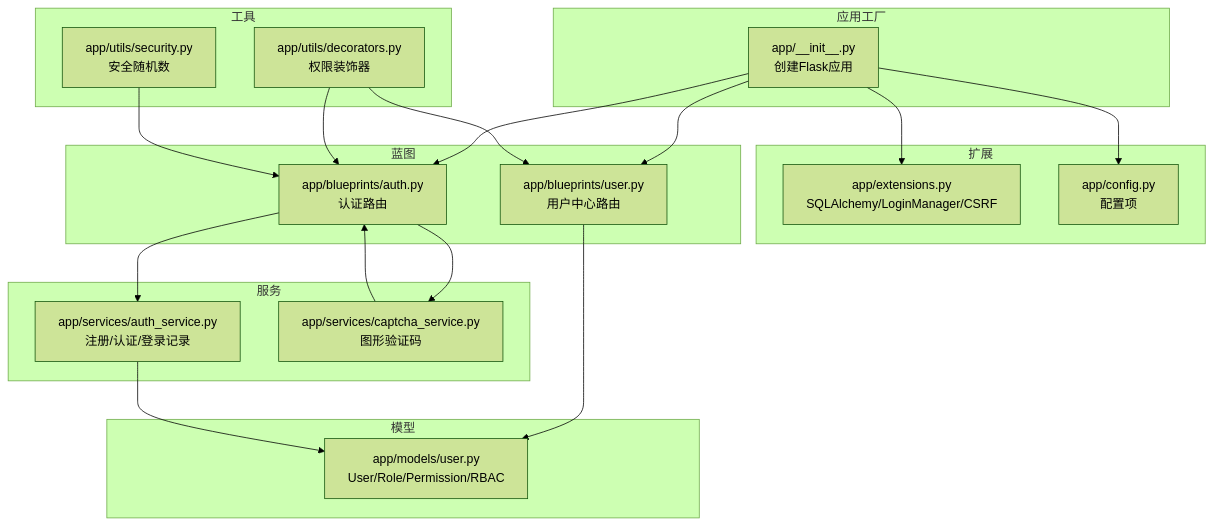
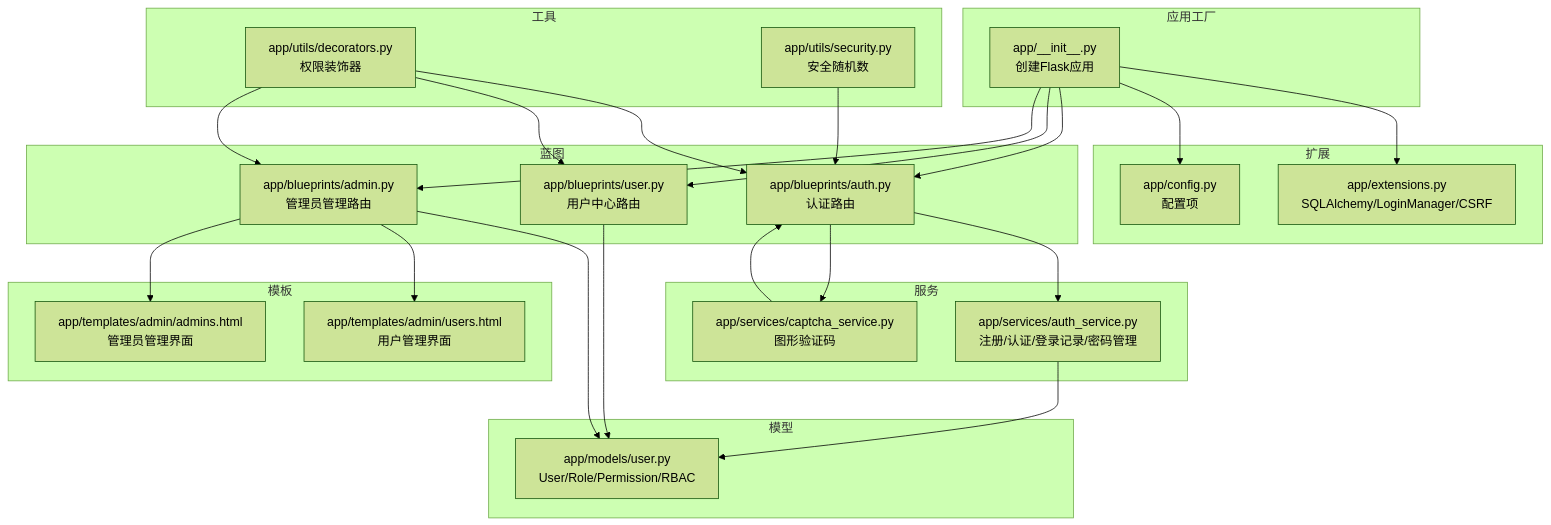
Before and after one commit to beyondalbert/my_wiki: the first of 10 diagrams in .qoder/repowiki/zh/content/核心模块/用户系统模块/用户系统模块.md, drawn with Mermaid (forest theme). The commit also changed other lines of this file and 11 other files, not shown here.

````diff
--- a/.qoder/repowiki/zh/content/核心模块/用户系统模块/用户系统模块.md
+++ b/.qoder/repowiki/zh/content/核心模块/用户系统模块/用户系统模块.md
@@ -40,37 +50,47 @@
 ```mermaid
 graph TB
 subgraph "应用工厂"
 A["app/__init__.py<br/>创建Flask应用"]
 end
 subgraph "扩展"
 B["app/extensions.py<br/>SQLAlchemy/LoginManager/CSRF"]
 C["app/config.py<br/>配置项"]
 end
 subgraph "蓝图"
 D["app/blueprints/auth.py<br/>认证路由"]
 E["app/blueprints/user.py<br/>用户中心路由"]
+F["app/blueprints/admin.py<br/>管理员管理路由"]
 end
 subgraph "服务"
-F["app/services/auth_service.py<br/>注册/认证/登录记录"]
-G["app/services/captcha_service.py<br/>图形验证码"]
+G["app/services/auth_service.py<br/>注册/认证/登录记录/密码管理"]
+H["app/services/captcha_service.py<br/>图形验证码"]
 end
 subgraph "模型"
-H["app/models/user.py<br/>User/Role/Permission/RBAC"]
+I["app/models/user.py<br/>User/Role/Permission/RBAC"]
 end
 subgraph "工具"
-I["app/utils/decorators.py<br/>权限装饰器"]
-J["app/utils/security.py<br/>安全随机数"]
+J["app/utils/decorators.py<br/>权限装饰器"]
+K["app/utils/security.py<br/>安全随机数"]
+end
+subgraph "模板"
+L["app/templates/admin/users.html<br/>用户管理界面"]
+M["app/templates/admin/admins.html<br/>管理员管理界面"]
 end
 A --> B
 A --> C
 A --> D
 A --> E
-D --> F
+A --> F
 D --> G
-E --> H
-F --> H
-G --> D
-I --> D
-I --> E
+D --> H
+E --> I
+F --> I
+F --> L
+F --> M
+G --> I
+H --> D
 J --> D
+J --> E
+J --> F
+K --> D
 ```
````
